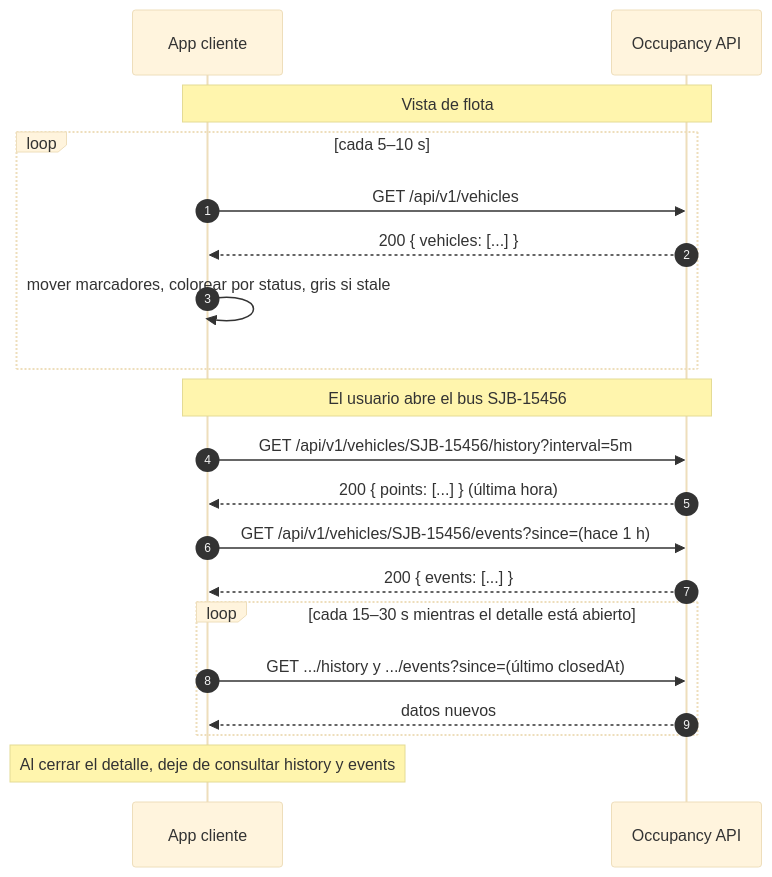
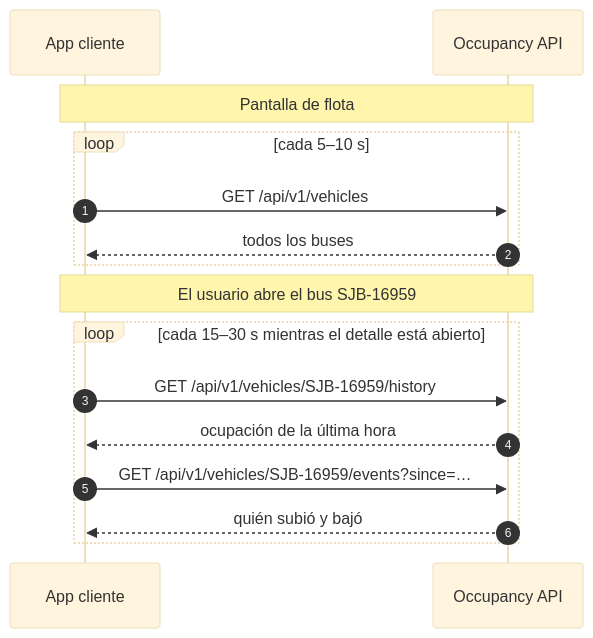
One commit to lg061870/traffic-vision-poc changed the second of 2 diagrams in src/Innova.Occupancy.Api/README.md. Above: the diagram before and after it, drawn with Mermaid (base theme). The commit also changed other lines of this file, not shown here.

First line of the commit message:
Restructure the API guide for Visual Studio and web clients

````diff
--- a/src/Innova.Occupancy.Api/README.md
+++ b/src/Innova.Occupancy.Api/README.md
@@ -45,24 +36,20 @@
 ```mermaid
 sequenceDiagram
     autonumber
     participant App as App cliente
     participant API as Occupancy API
 
-    Note over App,API: Vista de flota
+    Note over App,API: Pantalla de flota
     loop cada 5–10 s
         App->>API: GET /api/v1/vehicles
-        API-->>App: 200 { vehicles: [...] }
-        App->>App: mover marcadores, colorear por status, gris si stale
+        API-->>App: todos los buses
     end
 
-    Note over App,API: El usuario abre el bus SJB-15456
-    App->>API: GET /api/v1/vehicles/SJB-15456/history?interval=5m
-    API-->>App: 200 { points: [...] } (última hora)
-    App->>API: GET /api/v1/vehicles/SJB-15456/events?since=(hace 1 h)
-    API-->>App: 200 { events: [...] }
+    Note over App,API: El usuario abre el bus SJB-16959
     loop cada 15–30 s mientras el detalle está abierto
-        App->>API: GET .../history y .../events?since=(último closedAt)
-        API-->>App: datos nuevos
+        App->>API: GET /api/v1/vehicles/SJB-16959/history
+        API-->>App: ocupación de la última hora
+        App->>API: GET /api/v1/vehicles/SJB-16959/events?since=…
+        API-->>App: quién subió y bajó
     end
-    Note over App: Al cerrar el detalle, deje de consultar history y events
 ```
````
